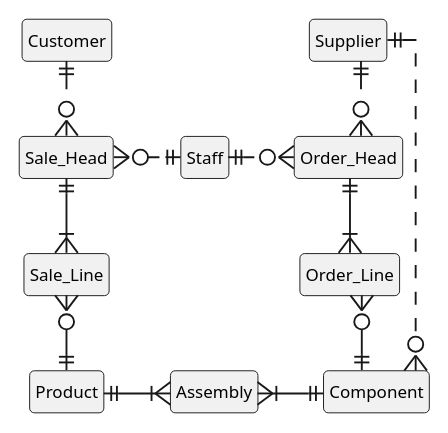
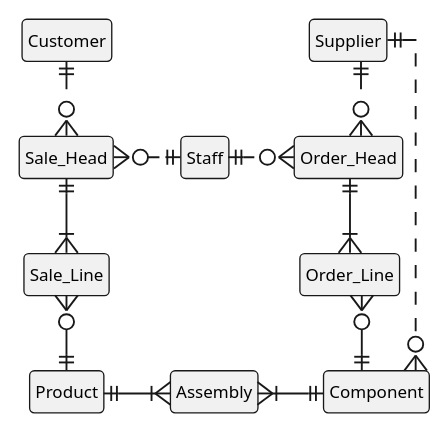
The diagram in Koli_2017/images/BDL_ERD.pu (nstanger/Publications), drawn with PlantUML before and after one commit.

Commit message:
• Tweaked border thickness.

```diff
--- a/Koli_2017/images/BDL_ERD.pu
+++ b/Koli_2017/images/BDL_ERD.pu
@@ -1,38 +1,39 @@
 @startuml
 
 hide empty members
 
 skinparam {
     DefaultFontName "Linux Biolinum O"
     DefaultFontSize 9
     Style strictuml
     Monochrome true
     LineType ortho
     RankSep 40
+    ClassBorderThickness 0.7
 }
 
 entity Customer
 entity Staff
 entity Supplier
 entity Sale_Head
 entity Sale_Line
 entity Order_Head
 entity Order_Line
 entity Product
 entity Assembly
 entity Component
 
 Customer ||..o{ Sale_Head
 Supplier -[hidden]- Order_Head
 Supplier ||..o{ Order_Head
 Sale_Head }o.|| Staff
 Staff ||.o{ Order_Head
 Sale_Head ||--|{ Sale_Line
 Order_Head ||--|{ Order_Line
 Sale_Line }o--|| Product
 Supplier ||..o{ Component
 Order_Line }o--|| Component
 Product ||-|{ Assembly
 Assembly }|-|| Component
 
 @enduml
```
